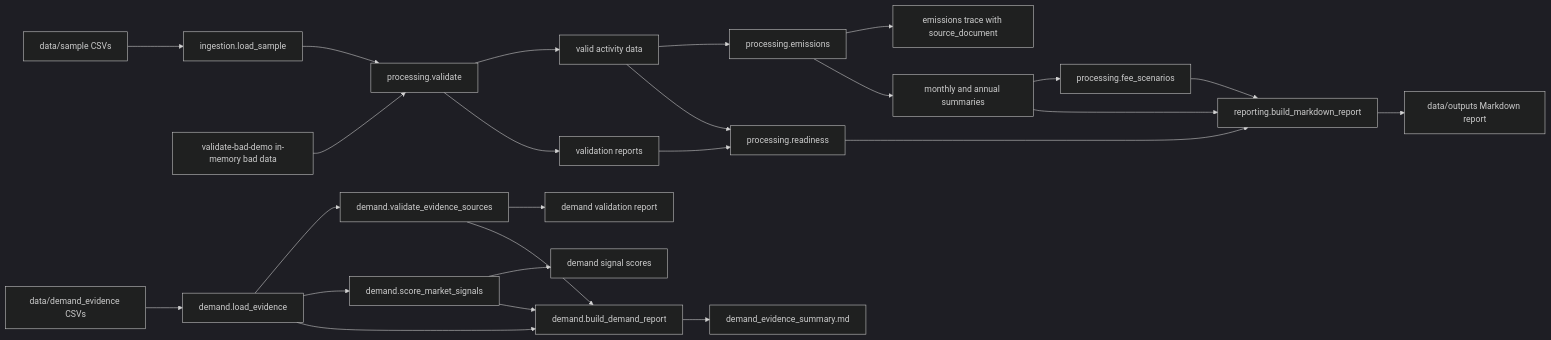
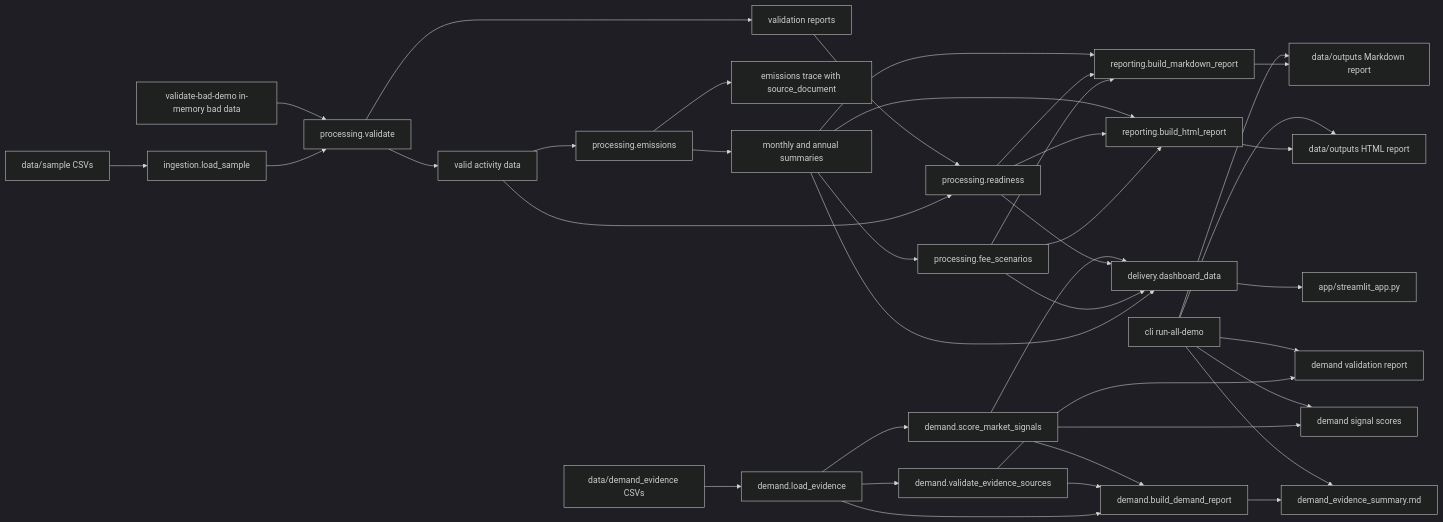
One commit to wesley-bang/Carbon-radar-sme changed the diagram in docs/architecture.md. Above: the diagram before and after it, drawn with Mermaid (dark theme). The commit also changed other lines of this file and 13 other files, not shown here.

````diff
--- a/docs/architecture.md
+++ b/docs/architecture.md
@@ -29,27 +32,41 @@
 ```mermaid
 flowchart LR
     A["data/sample CSVs"] --> B["ingestion.load_sample"]
     B --> C["processing.validate"]
     C --> D["valid activity data"]
     C --> E["validation reports"]
     D --> F["processing.emissions"]
     F --> G["emissions trace with source_document"]
     F --> H["monthly and annual summaries"]
     H --> I["processing.fee_scenarios"]
     D --> J["processing.readiness"]
     E --> J
     I --> K["reporting.build_markdown_report"]
     J --> K
     H --> K
     K --> L["data/outputs Markdown report"]
+    I --> V["reporting.build_html_report"]
+    J --> V
+    H --> V
+    V --> W["data/outputs HTML report"]
+    H --> X["delivery.dashboard_data"]
+    I --> X
+    J --> X
+    Q --> X
+    X --> Y["app/streamlit_app.py"]
     M["validate-bad-demo in-memory bad data"] --> C
     N["data/demand_evidence CSVs"] --> O["demand.load_evidence"]
     O --> P["demand.validate_evidence_sources"]
     O --> Q["demand.score_market_signals"]
     P --> R["demand validation report"]
     Q --> S["demand signal scores"]
     O --> T["demand.build_demand_report"]
     P --> T
     Q --> T
     T --> U["demand_evidence_summary.md"]
+    Z["cli run-all-demo"] --> L
+    Z --> W
+    Z --> R
+    Z --> S
+    Z --> U
 ```
````
